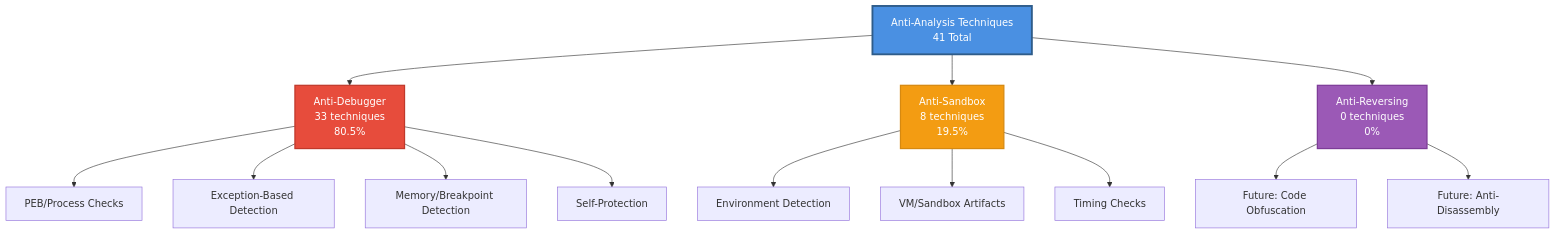
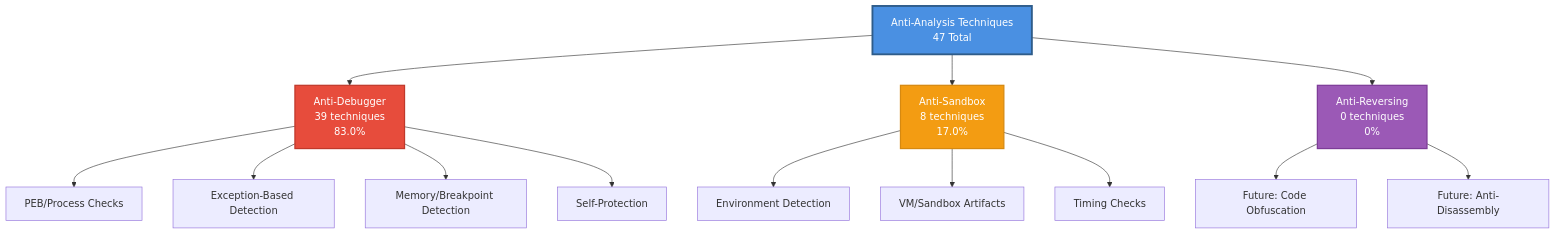
The diagram in README.md (mabj/anti), drawn with Mermaid before and after one commit. The commit also changed other lines of this file and 26 other files, not shown here.

Commit message:
Adding few time-based anti-debug techniques.

````diff
--- a/README.md
+++ b/README.md
@@ -69,23 +69,23 @@
 ```mermaid
 graph TB
-    A[Anti-Analysis Techniques<br/>41 Total] --> B[Anti-Debugger<br/>33 techniques<br/>80.5%]
-    A --> C[Anti-Sandbox<br/>8 techniques<br/>19.5%]
+    A[Anti-Analysis Techniques<br/>47 Total] --> B[Anti-Debugger<br/>39 techniques<br/>83.0%]
+    A --> C[Anti-Sandbox<br/>8 techniques<br/>17.0%]
     A --> D[Anti-Reversing<br/>0 techniques<br/>0%]
 
     B --> B1[PEB/Process Checks]
     B --> B2[Exception-Based Detection]
     B --> B3[Memory/Breakpoint Detection]
     B --> B4[Self-Protection]
 
     C --> C1[Environment Detection]
     C --> C2[VM/Sandbox Artifacts]
     C --> C3[Timing Checks]
 
     D --> D1[Future: Code Obfuscation]
     D --> D2[Future: Anti-Disassembly]
 
     style A fill:#4A90E2,stroke:#2E5C8A,stroke-width:3px,color:#fff
     style B fill:#E74C3C,stroke:#C0392B,stroke-width:2px,color:#fff
     style C fill:#F39C12,stroke:#D68910,stroke-width:2px,color:#fff
     style D fill:#9B59B6,stroke:#7D3C98,stroke-width:2px,color:#fff
 ```
````
